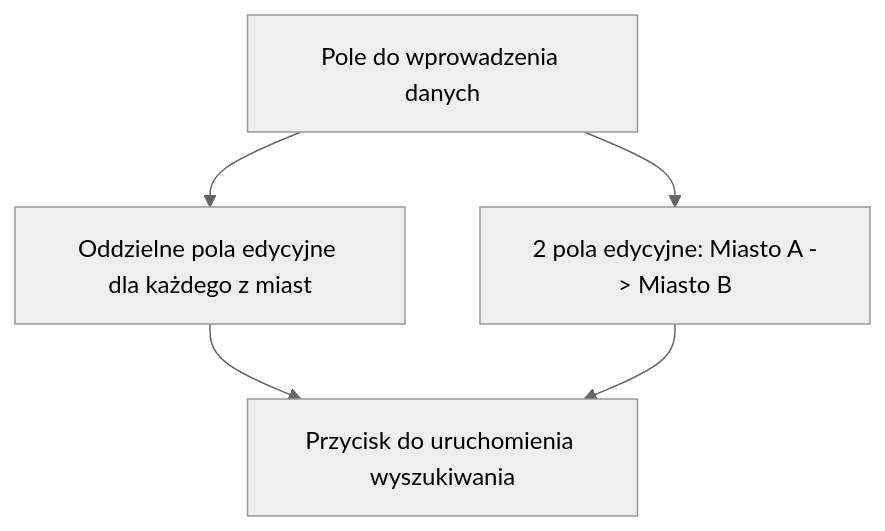
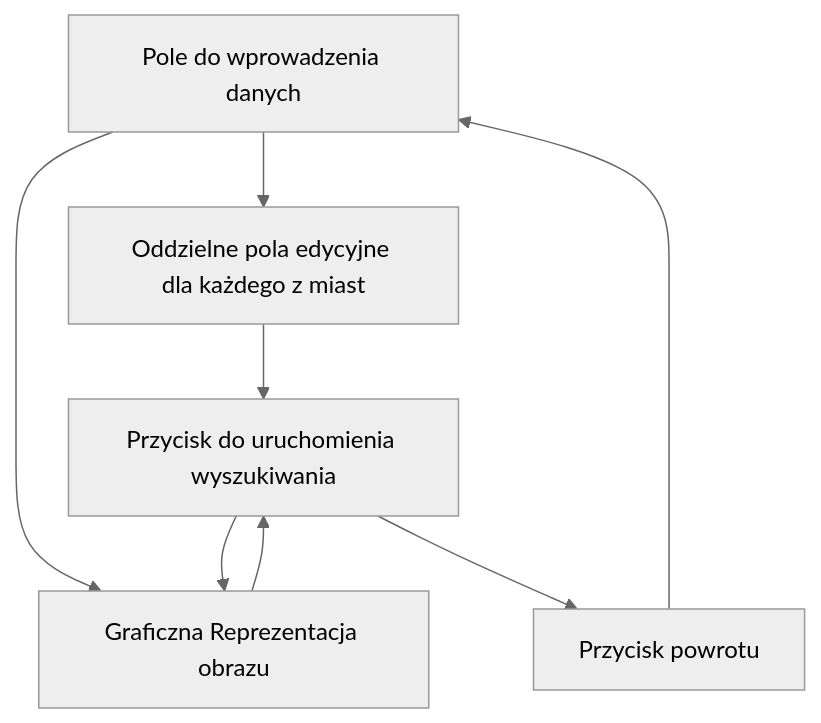
Before and after one commit to n-kodem/CitiesTravelling: the first of 2 diagrams in README.md, drawn with Mermaid (neutral theme). The commit also changed other lines of this file, not shown here.

Commit message:
README.md update

````diff
--- a/README.md
+++ b/README.md
@@ -29,6 +29,8 @@
 ```mermaid
 flowchart TD;
       A[Pole do wprowadzenia danych]-->B["Oddzielne pola edycyjne dla każdego z miast"];
-      A-->D["2 pola edycyjne: Miasto A -> Miasto B"];
-      B & D --> C["Przycisk do uruchomienia wyszukiwania"];
+    A-->D["Pola edycyjne dla dróg każdego z miast np: Miasto A -> Miasto B"];
+    B & D --> C["Przycisk do uruchomienia wyszukiwania"];
+    C --> D["Graficzna Reprezentacja obrazu"] & E["Przycisk powrotu"];
+    E --> A;
 ```
````
